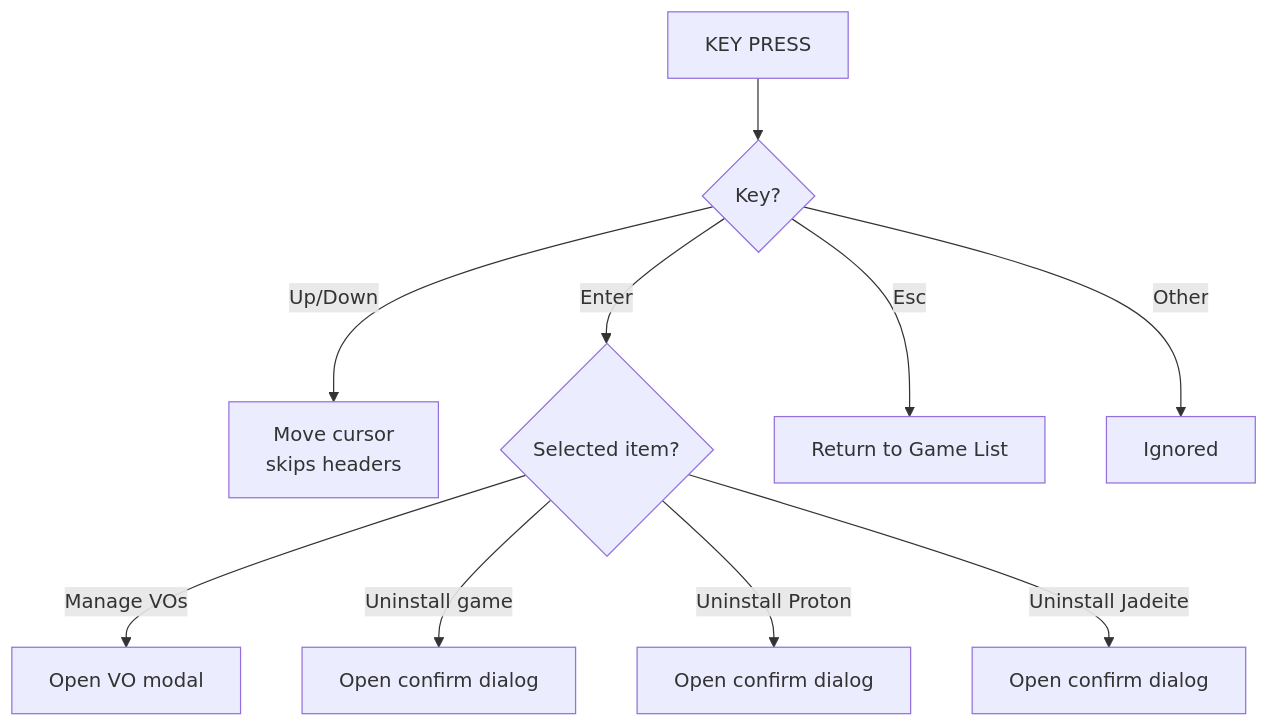
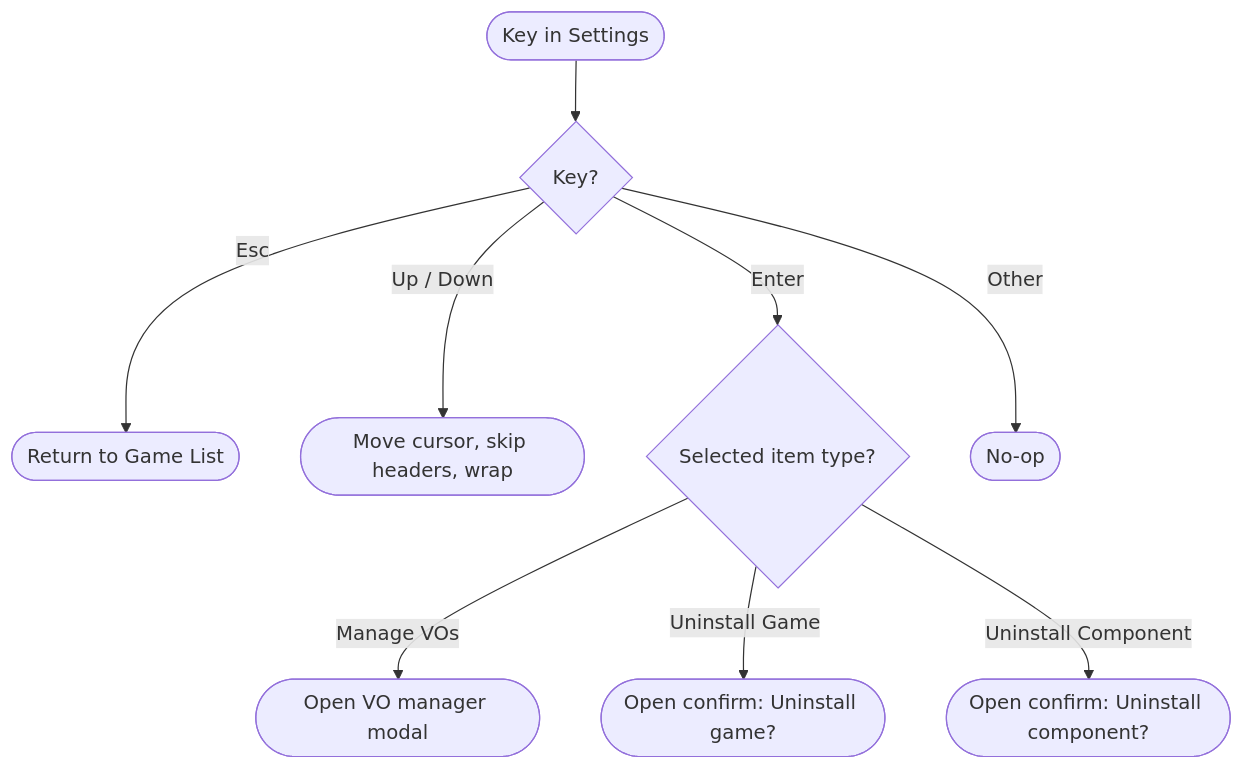
The eighth of 21 diagrams in UX.md (ChakornK/elysiae-tui), drawn with Mermaid before and after one commit. The commit also changed other lines of this file, not shown here.

````diff
--- a/UX.md
+++ b/UX.md
@@ -195,12 +198,11 @@
 ```mermaid
 flowchart TD
-    A[KEY PRESS] --> B{Key?}
-    B -->|Up/Down| C[Move cursor\nskips headers]
-    B -->|Enter| D{Selected item?}
-    B -->|Esc| E[Return to Game List]
-    B -->|Other| F[Ignored]
-    D -->|Manage VOs| G[Open VO modal]
-    D -->|Uninstall game| H[Open confirm dialog]
-    D -->|Uninstall Proton| I[Open confirm dialog]
-    D -->|Uninstall Jadeite| J[Open confirm dialog]
+    Key([Key in Settings]) --> Which{Key?}
+    Which -->|Esc| Return([Return to Game List])
+    Which -->|Up / Down| MoveCursor([Move cursor, skip headers, wrap])
+    Which -->|Enter| Activate{Selected item type?}
+    Which -->|Other| Ignore([No-op])
+    Activate -->|Manage VOs| OpenVO([Open VO manager modal])
+    Activate -->|Uninstall Game| ConfirmGame([Open confirm: Uninstall game?])
+    Activate -->|Uninstall Component| ConfirmComp([Open confirm: Uninstall component?])
 ```
````
